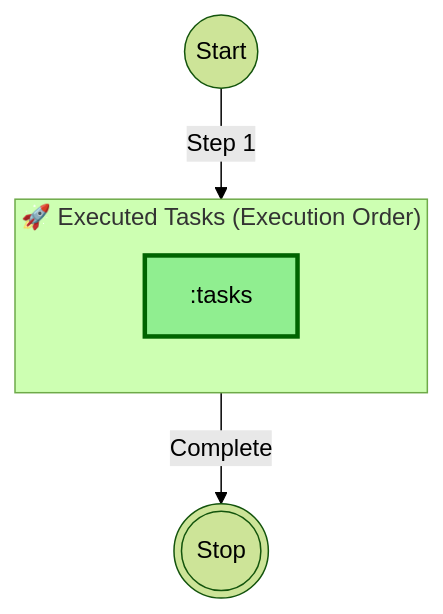
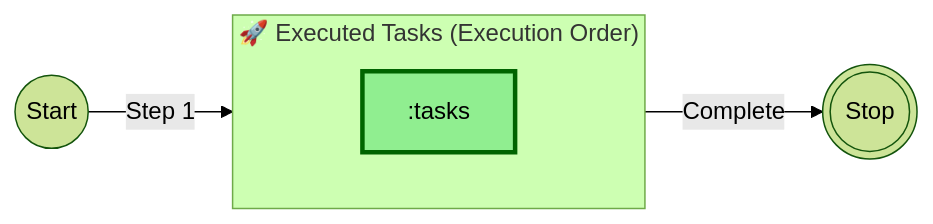
Before and after one commit to olku-if-se/junit.sample: diagram 11 of 57 in execution.log.md, drawn with Mermaid (forest theme). The commit also changed other lines of this file and 7 other files, not shown here.

````diff
--- a/execution.log.md
+++ b/execution.log.md
@@ -568,19 +710,19 @@
 ```mermaid
-graph TD
+graph LR
     Start((Start))
     Stop(((Stop)))
 
     subgraph executed ["🚀 Executed Tasks (Execution Order)"]
         direction TB
         tasks[":tasks"]
     end
 
     Start -->|"Step 1"| tasks
     tasks -->|"Complete"| Stop
 
 
     %% Styling
     classDef requested fill:#90EE90,stroke:#006400,stroke-width:3px,color:#000000
     classDef available fill:#F0F0F0,stroke:#808080,stroke-width:1px,color:#666666
     class tasks requested
 ```
````
